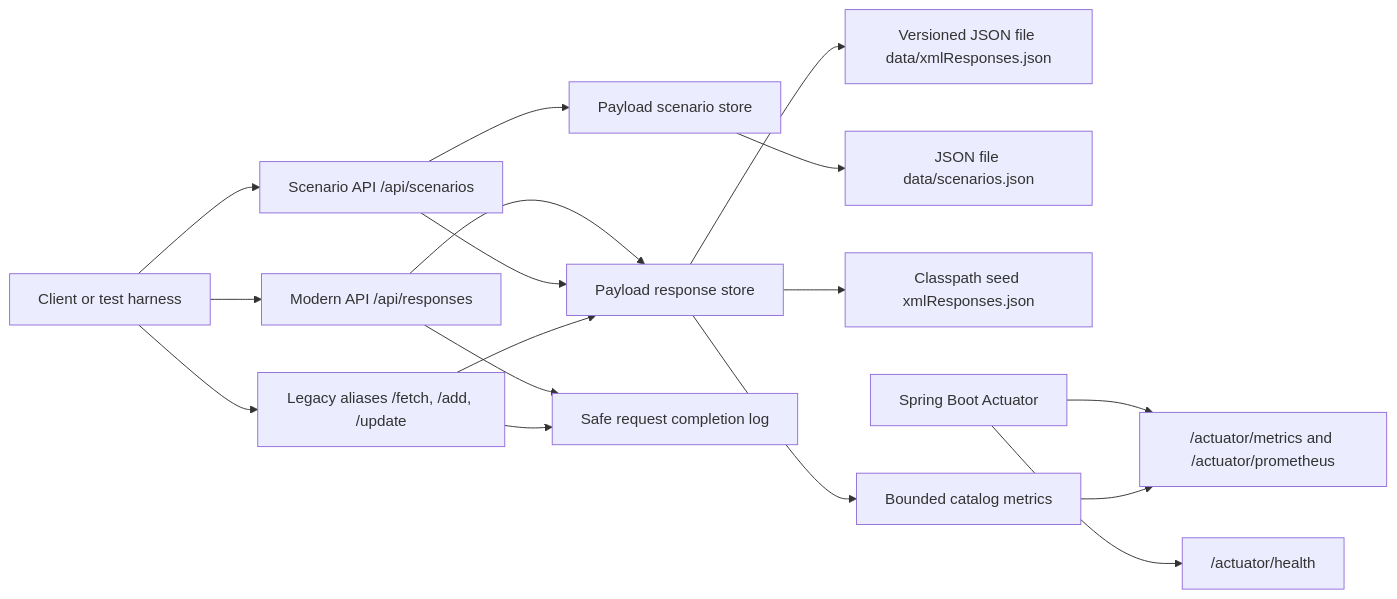
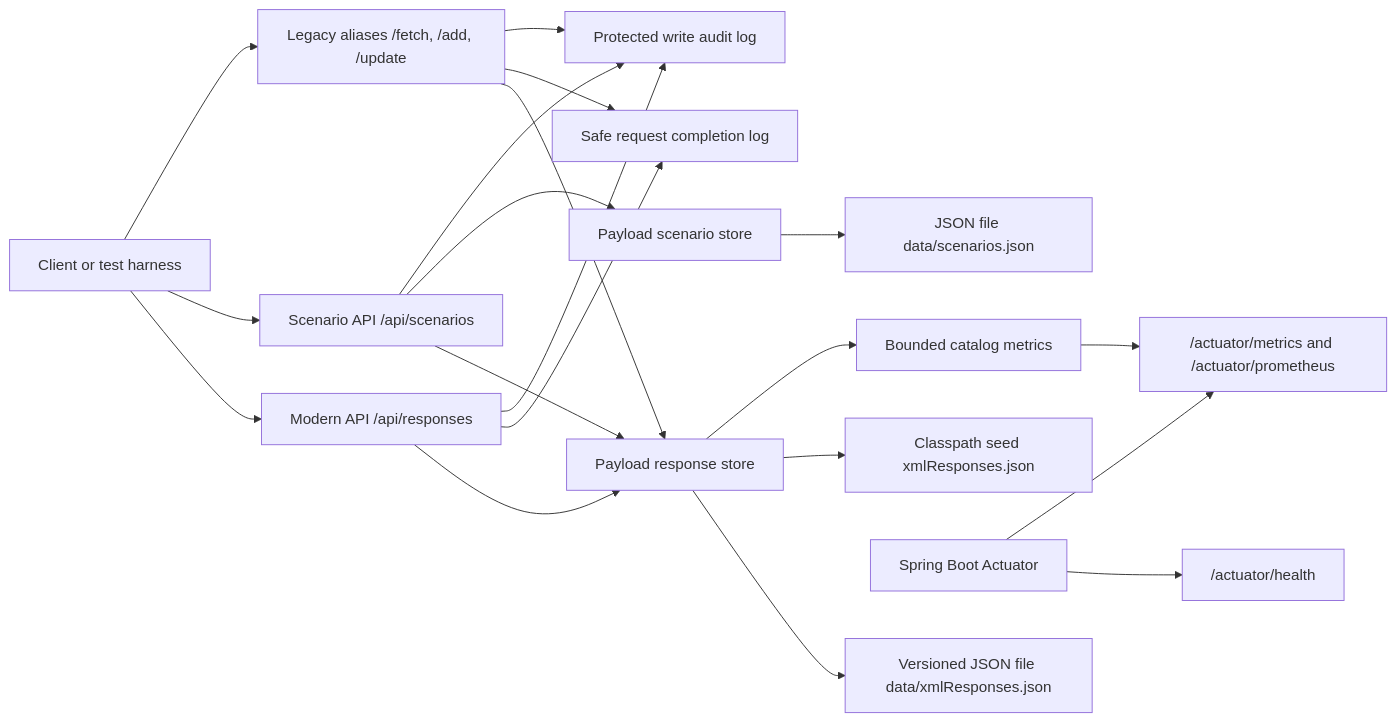
The first of 3 diagrams in docs/architecture.md (J4vedskh/payloadprobe-lab), drawn with Mermaid before and after one commit. The commit also changed other lines of this file and 13 other files, not shown here.

First line of the commit message:
Add structured write audit events (#11)

````diff
--- a/docs/architecture.md
+++ b/docs/architecture.md
@@ -94,19 +111,22 @@
 ```mermaid
 flowchart LR
     Client["Client or test harness"] --> ModernApi["Modern API /api/responses"]
     Client --> ScenarioApi["Scenario API /api/scenarios"]
     Client --> LegacyApi["Legacy aliases /fetch, /add, /update"]
     ModernApi --> Store["Payload response store"]
     ScenarioApi --> Store
     ScenarioApi --> ScenarioStore["Payload scenario store"]
     LegacyApi --> Store
     ModernApi --> RequestLog["Safe request completion log"]
     LegacyApi --> RequestLog
+    ModernApi --> WriteAudit["Protected write audit log"]
+    ScenarioApi --> WriteAudit
+    LegacyApi --> WriteAudit
     Store --> JsonFile["Versioned JSON file data/xmlResponses.json"]
     ScenarioStore --> ScenarioFile["JSON file data/scenarios.json"]
     Store --> Seed["Classpath seed xmlResponses.json"]
     Spring["Spring Boot Actuator"] --> Health["/actuator/health"]
     Store --> Metrics["Bounded catalog metrics"]
     Spring --> MetricsApi["/actuator/metrics and /actuator/prometheus"]
     Metrics --> MetricsApi
 ```
````
